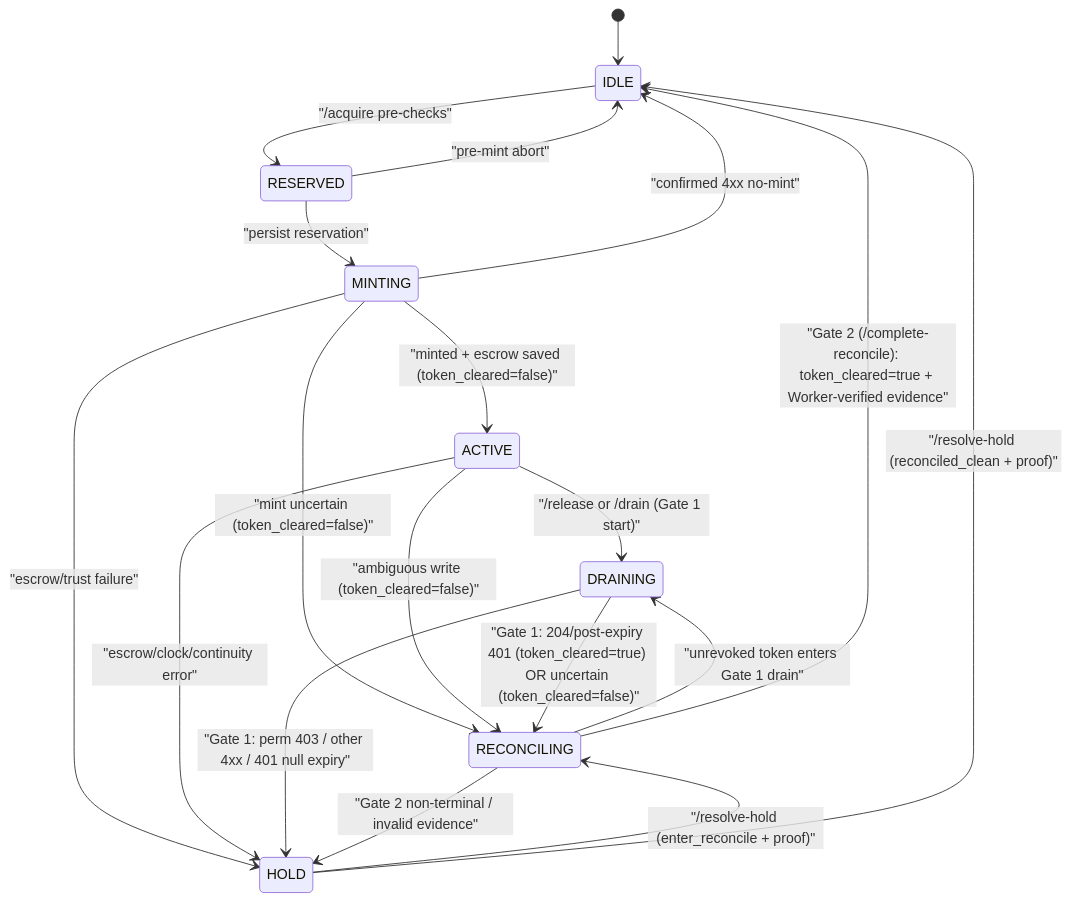
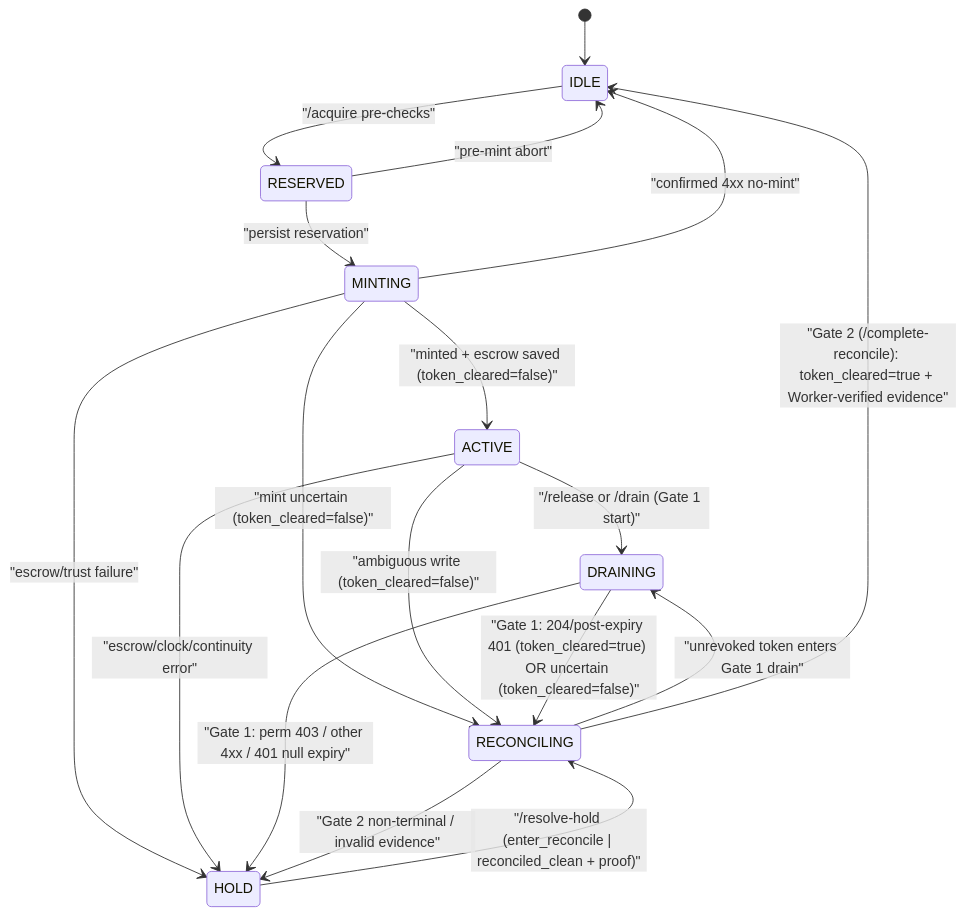
The diagram in docs/proposals/v6-one-writer-per-pr-audit-and-contract.md (malsabbagh/review-sensei), drawn with Mermaid before and after one commit. The commit also changed other lines of this file and 12 other files, not shown here.

First line of the commit message:
feat(v6): remove HOLD->IDLE shortcut, persist initial results, and add integrated Worker acceptance qualification (#522)

````diff
--- a/docs/proposals/v6-one-writer-per-pr-audit-and-contract.md
+++ b/docs/proposals/v6-one-writer-per-pr-audit-and-contract.md
@@ -145,21 +145,20 @@
 ```mermaid
 stateDiagram-v2
     [*] --> IDLE
     IDLE --> RESERVED: "/acquire pre-checks"
     RESERVED --> MINTING: "persist reservation"
     RESERVED --> IDLE: "pre-mint abort"
     MINTING --> ACTIVE: "minted + escrow saved (token_cleared=false)"
     MINTING --> RECONCILING: "mint uncertain (token_cleared=false)"
     MINTING --> HOLD: "escrow/trust failure"
     MINTING --> IDLE: "confirmed 4xx no-mint"
     ACTIVE --> DRAINING: "/release or /drain (Gate 1 start)"
     ACTIVE --> RECONCILING: "ambiguous write (token_cleared=false)"
     ACTIVE --> HOLD: "escrow/clock/continuity error"
     DRAINING --> RECONCILING: "Gate 1: 204/post-expiry 401 (token_cleared=true) OR uncertain (token_cleared=false)"
     DRAINING --> HOLD: "Gate 1: perm 403 / other 4xx / 401 null expiry"
     RECONCILING --> DRAINING: "unrevoked token enters Gate 1 drain"
     RECONCILING --> IDLE: "Gate 2 (/complete-reconcile): token_cleared=true + Worker-verified evidence"
     RECONCILING --> HOLD: "Gate 2 non-terminal / invalid evidence"
-    HOLD --> RECONCILING: "/resolve-hold (enter_reconcile + proof)"
-    HOLD --> IDLE: "/resolve-hold (reconciled_clean + proof)"
+    HOLD --> RECONCILING: "/resolve-hold (enter_reconcile | reconciled_clean + proof)"
 ```
````
